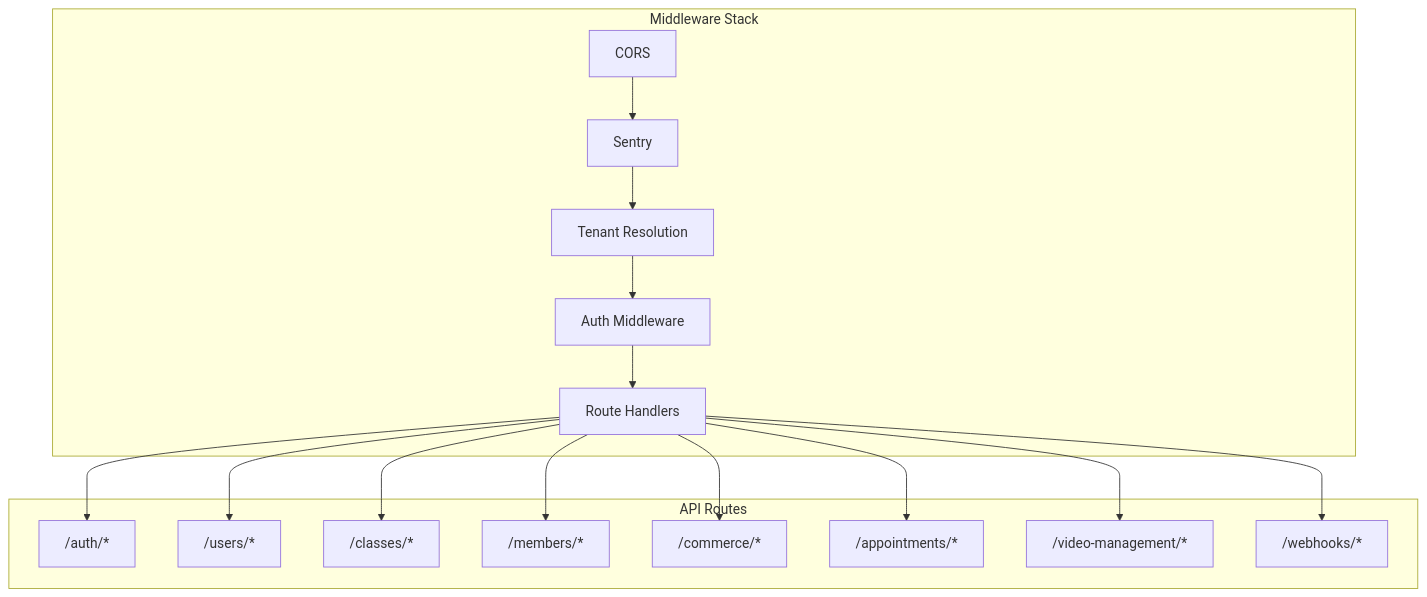
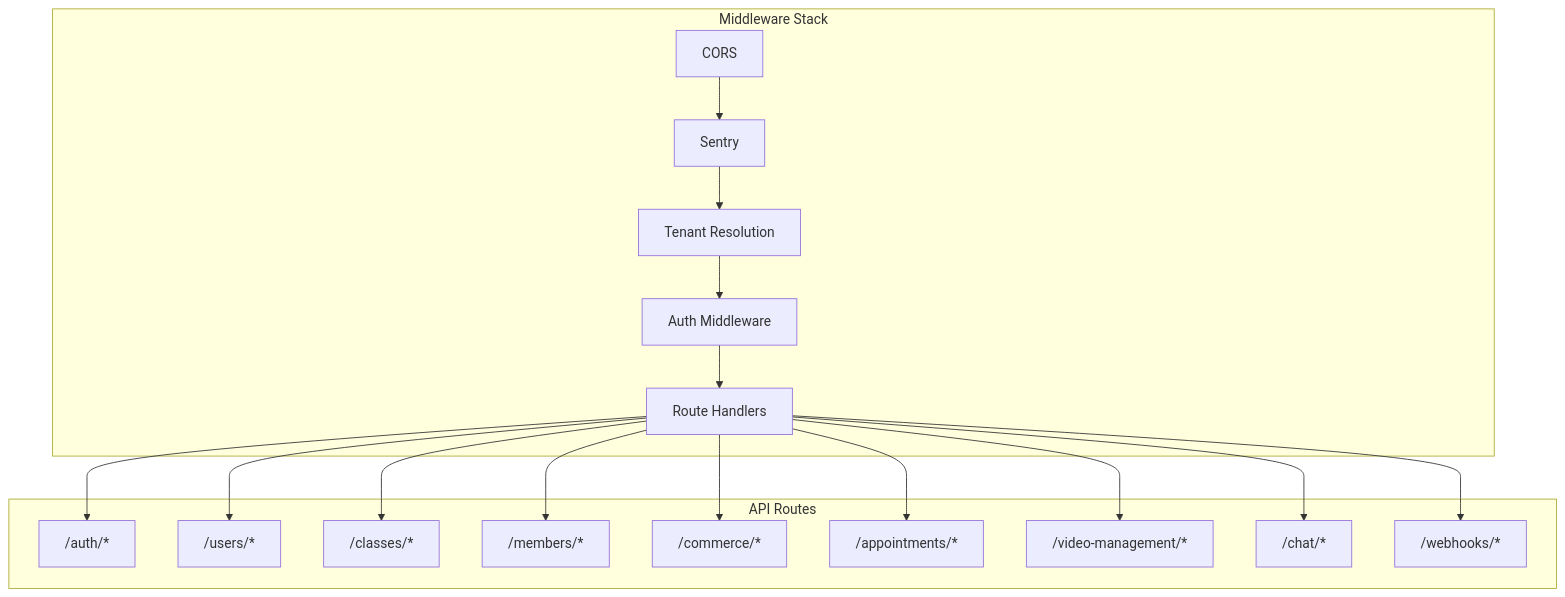
Before and after one commit to slichti/studio-platform-dev: the fourth of 5 diagrams in docs/architecture.md, drawn with Mermaid. The commit also changed other lines of this file and 1 other file, not shown here.

Commit message:
docs: update system architecture and schema diagrams

````diff
--- a/docs/architecture.md
+++ b/docs/architecture.md
@@ -125,29 +127,31 @@
 ```mermaid
 flowchart TB
     subgraph "API Routes"
         AUTH["/auth/*"]
         USERS["/users/*"]
         CLASSES["/classes/*"]
         MEMBERS["/members/*"]
         COMMERCE["/commerce/*"]
         APPOINTMENTS["/appointments/*"]
         VIDEO["/video-management/*"]
+        CHAT["/chat/*"]
         WEBHOOKS["/webhooks/*"]
     end
 
     subgraph "Middleware Stack"
         CORS[CORS] --> SENTRY[Sentry]
         SENTRY --> TENANT[Tenant Resolution]
         TENANT --> AUTHMW[Auth Middleware]
         AUTHMW --> ROUTES[Route Handlers]
     end
 
     ROUTES --> AUTH
     ROUTES --> USERS
     ROUTES --> CLASSES
     ROUTES --> MEMBERS
     ROUTES --> COMMERCE
     ROUTES --> APPOINTMENTS
     ROUTES --> VIDEO
+    ROUTES --> CHAT
     ROUTES --> WEBHOOKS
 ```
````
